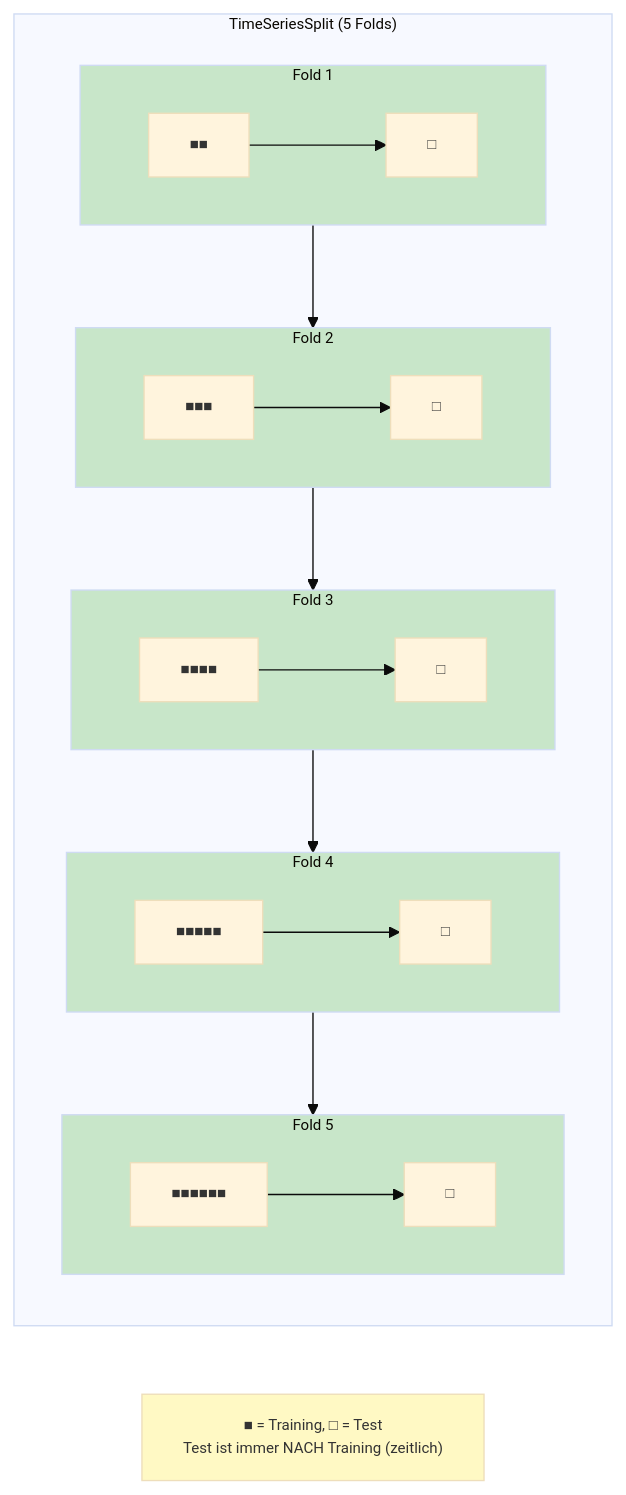
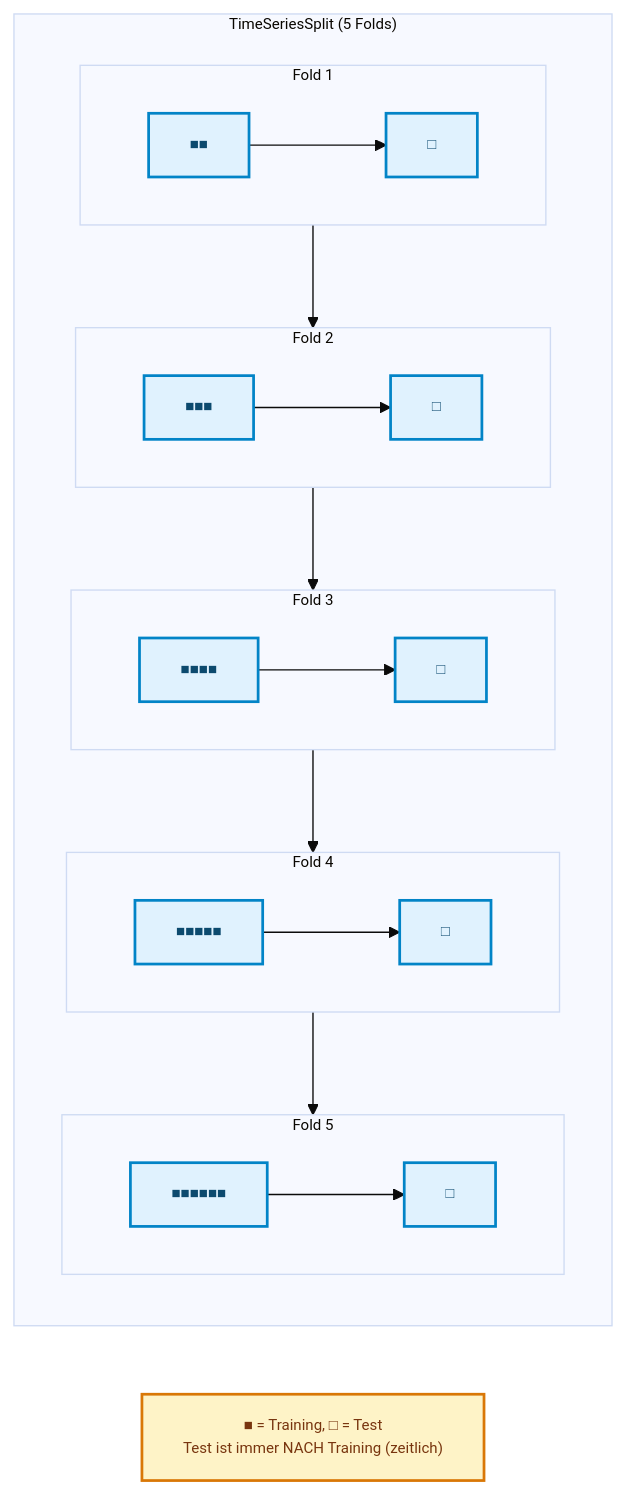
One commit to ralf-42/ML_Intro changed the fifth of 9 diagrams in docs/concepts/evaluate/cross_validation.md. Above: the diagram before and after it, drawn with Mermaid. The commit also changed other lines of this file and 67 other files, not shown here.

````diff
--- a/docs/concepts/evaluate/cross_validation.md
+++ b/docs/concepts/evaluate/cross_validation.md
@@ -367,36 +368,31 @@
 ```mermaid
 %%{init: {'theme': 'base', 'themeVariables': {'fontSize': '11px'}}}%%
 flowchart LR
     subgraph ts["TimeSeriesSplit (5 Folds)"]
         subgraph f1["Fold 1"]
             T1["■■"] --> TE1["□"]
         end
         subgraph f2["Fold 2"]
             T2["■■■"] --> TE2["□"]
         end
         subgraph f3["Fold 3"]
             T3["■■■■"] --> TE3["□"]
         end
         subgraph f4["Fold 4"]
             T4["■■■■■"] --> TE4["□"]
         end
         subgraph f5["Fold 5"]
             T5["■■■■■■"] --> TE5["□"]
         end
     end
     
         
     %% Erzwingt Links → Rechts
     f1 --> f2 --> f3 --> f4 --> f5
     
     note["■ = Training, □ = Test<br/>Test ist immer NACH Training (zeitlich)"]
-    
-    
-    style f1 fill:#c8e6c9
-    style f2 fill:#c8e6c9
-	style f3 fill:#c8e6c9
-	style f4 fill:#c8e6c9
-	style f5 fill:#c8e6c9
-    
-    style note fill:#fff9c4
+
+classDef default fill:#e0f2fe,stroke:#0284c7,stroke-width:2px,color:#0c4a6e;
+classDef metric fill:#fef3c7,stroke:#d97706,stroke-width:2px,color:#78350f;
+class note metric;
 ```
````
